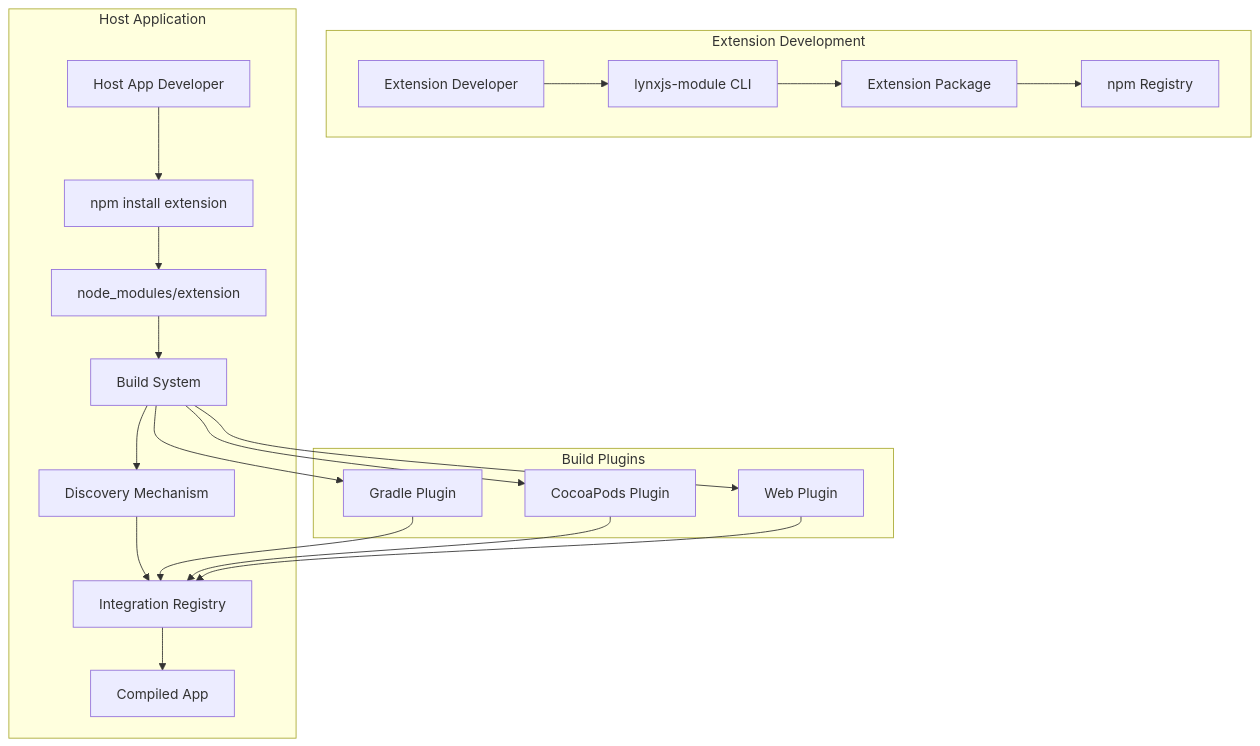
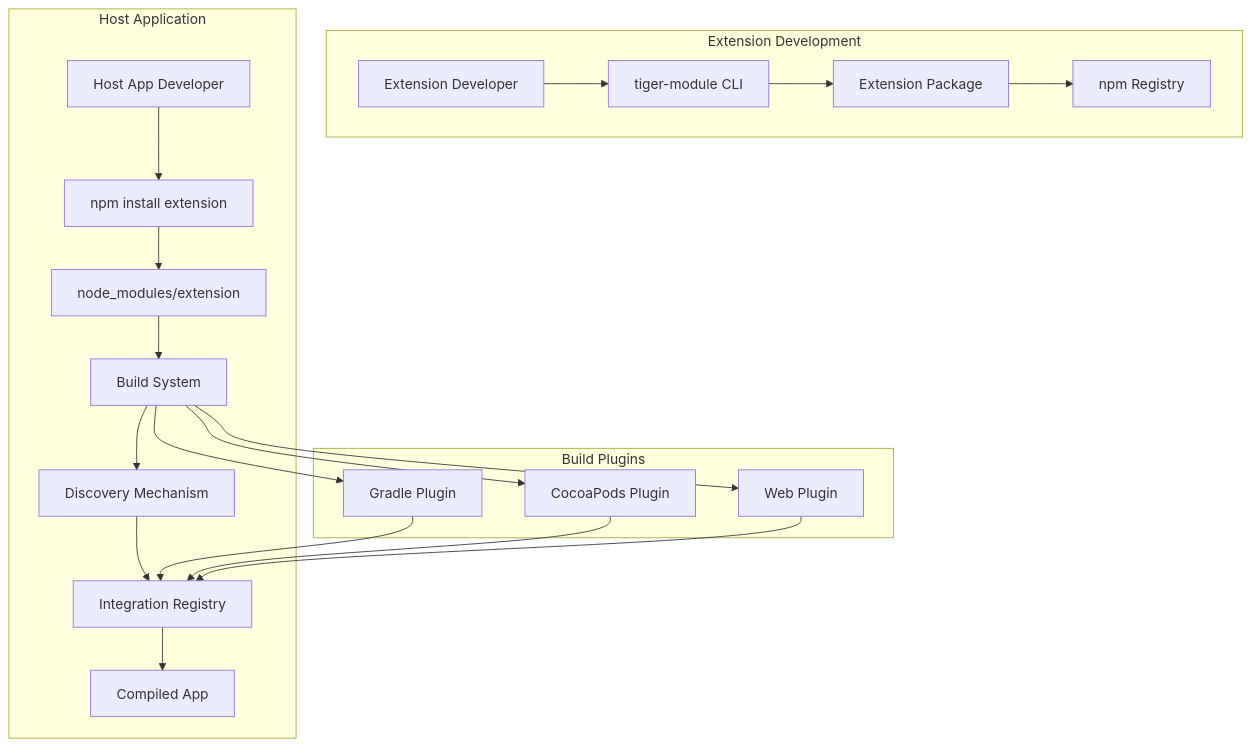
The diagram in .kiro/specs/autolink-migration/design.md (HimanshuKumarDutt094/tiger-modules), drawn with Mermaid before and after one commit. The commit also changed other lines of this file and 51 other files, not shown here.

Commit message:
rebrand to tiger-module name cuz its sick

````diff
--- a/.kiro/specs/autolink-migration/design.md
+++ b/.kiro/specs/autolink-migration/design.md
@@ -13,30 +13,30 @@
 ```mermaid
 graph TB
     subgraph "Extension Development"
-        A[Extension Developer] --> B[lynxjs-module CLI]
+        A[Extension Developer] --> B[tiger-module CLI]
         B --> C[Extension Package]
         C --> D[npm Registry]
     end
 
     subgraph "Host Application"
         E[Host App Developer] --> F[npm install extension]
         F --> G[node_modules/extension]
         G --> H[Build System]
         H --> I[Discovery Mechanism]
         I --> J[Integration Registry]
         J --> K[Compiled App]
     end
 
     subgraph "Build Plugins"
         L[Gradle Plugin]
         M[CocoaPods Plugin]
         N[Web Plugin]
     end
 
     H --> L
     H --> M
     H --> N
     L --> J
     M --> J
     N --> J
 ```
````
